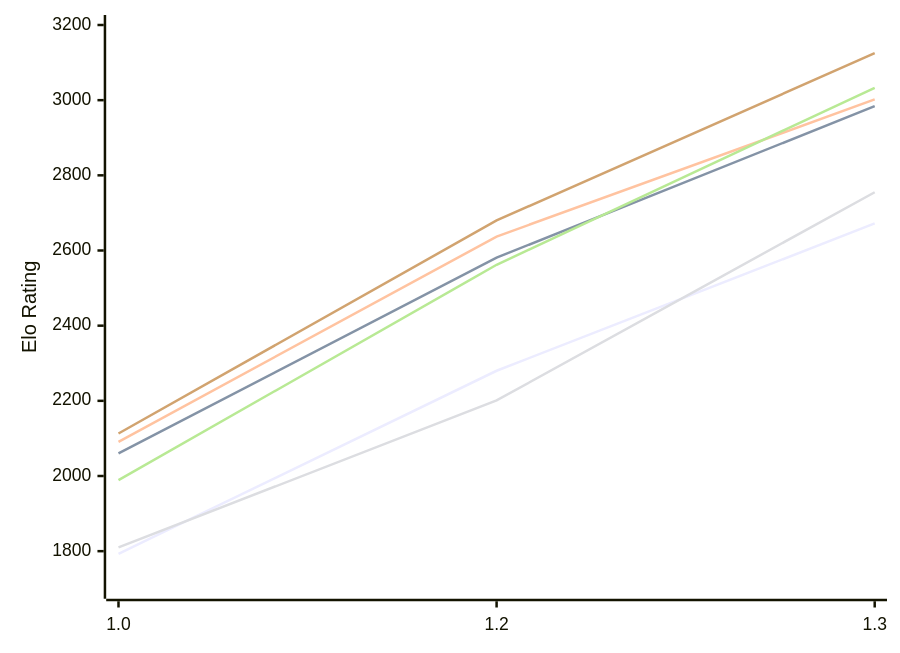
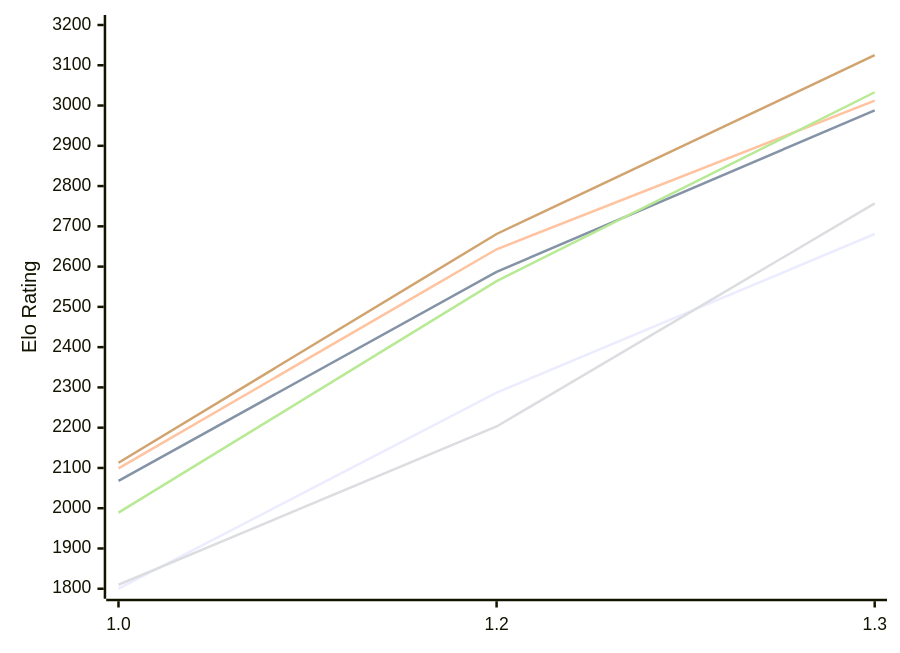
One commit to computer-chess-index/cci changed the first of 2 diagrams in engines/Echekinator.md. Above: the diagram before and after it, drawn with Mermaid. The commit also changed other lines of this file, not shown here.

Commit message:
Update CCI Ratings (ELO VLTC) - 2026-11-10

````diff
--- a/engines/Echekinator.md
+++ b/engines/Echekinator.md
@@ -52,12 +52,12 @@
 ```mermaid
 %%{init: {"theme":"base","themeVariables":{"seriesColors:['#a3a3a3','#222221','#faa371']}}}%%
 xychart-beta
   x-axis ["1.0", "1.2", "1.3"]
-  y-axis "Elo Rating" 1700 --> 3200
-  line "E1: STC (8.0+0.08s)" [1793, 2280, 2672]
-  line "E1: LTC (60.0+0.60s)" [2060, 2581, 2984]
-  line "E1: VLTC (2m24s+1.12s)" [2091, 2637, 3002]
-  line "P1: STC (8.0+0.08s)" [1810, 2201, 2755]
-  line "P1: LTC (60.0+0.60s)" [1989, 2562, 3033]
-  line "P1: VLTC (2m24s+1.12s)" [2113, 2680, 3125]
+  y-axis "Elo Rating" 1800 --> 3200
+  line "E1: STC (8.0+0.08s)" [1800, 2287, 2681]
+  line "E1: LTC (60.0+0.60s)" [2068, 2587, 2988]
+  line "E1: VLTC (2m24s+1.12s)" [2099, 2643, 3012]
+  line "P1: STC (8.0+0.08s)" [1810, 2203, 2757]
+  line "P1: LTC (60.0+0.60s)" [1989, 2564, 3033]
+  line "P1: VLTC (2m24s+1.12s)" [2113, 2681, 3125]
 ```
````
